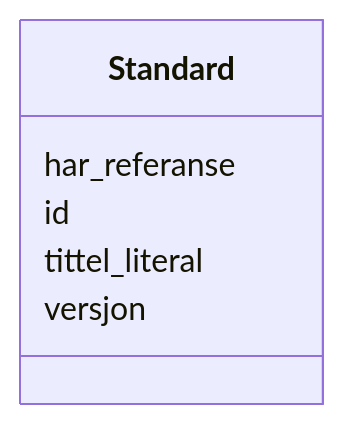
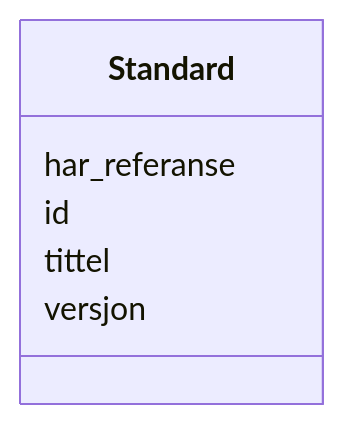
One commit to brreg/linkml-w3c-no-profiles changed the diagram in docs/dcat-ap-no/Standard.md. Above: the diagram before and after it, drawn with Mermaid. The commit also changed other lines of this file and 209 other files, not shown here.

````diff
--- a/docs/dcat-ap-no/Standard.md
+++ b/docs/dcat-ap-no/Standard.md
@@ -18,14 +18,14 @@
 ```mermaid
  classDiagram
     class Standard
     click Standard href "../Standard/"
       Standard : har_referanse
         
       Standard : id
         
-      Standard : tittel_literal
+      Standard : tittel
         
       Standard : versjon
         
       
 ```
````
